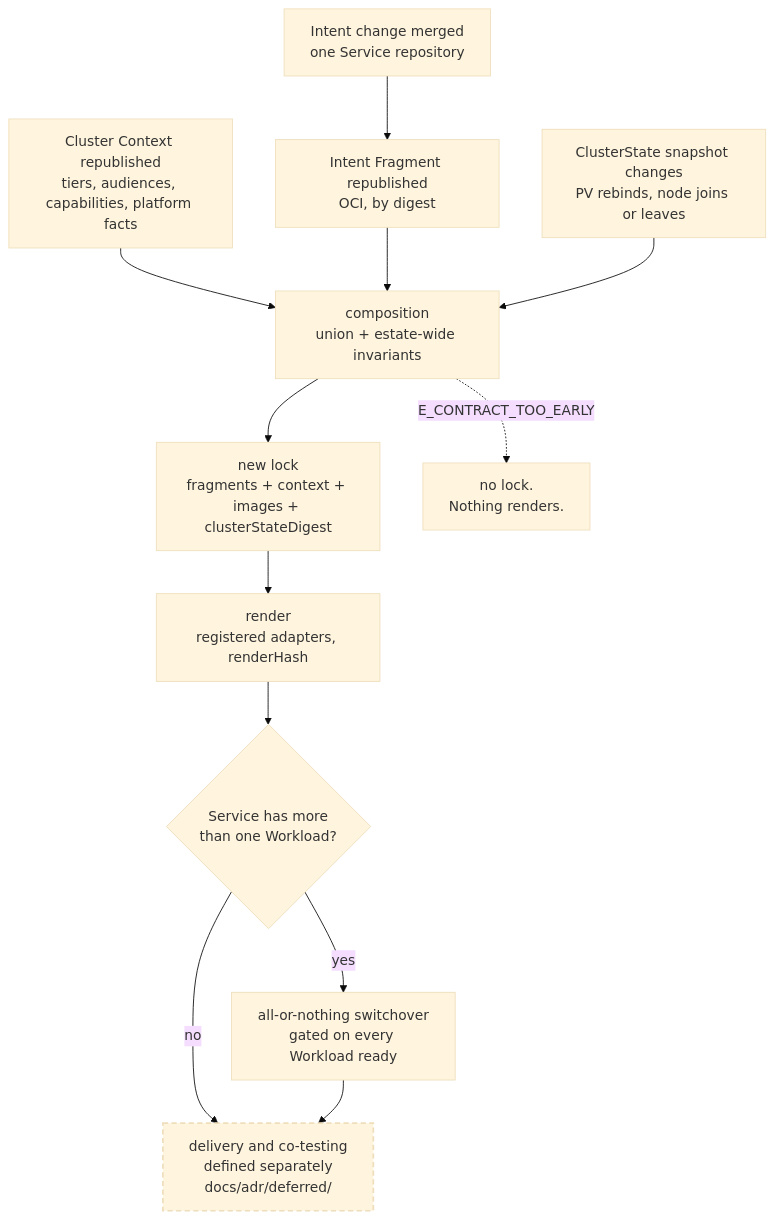
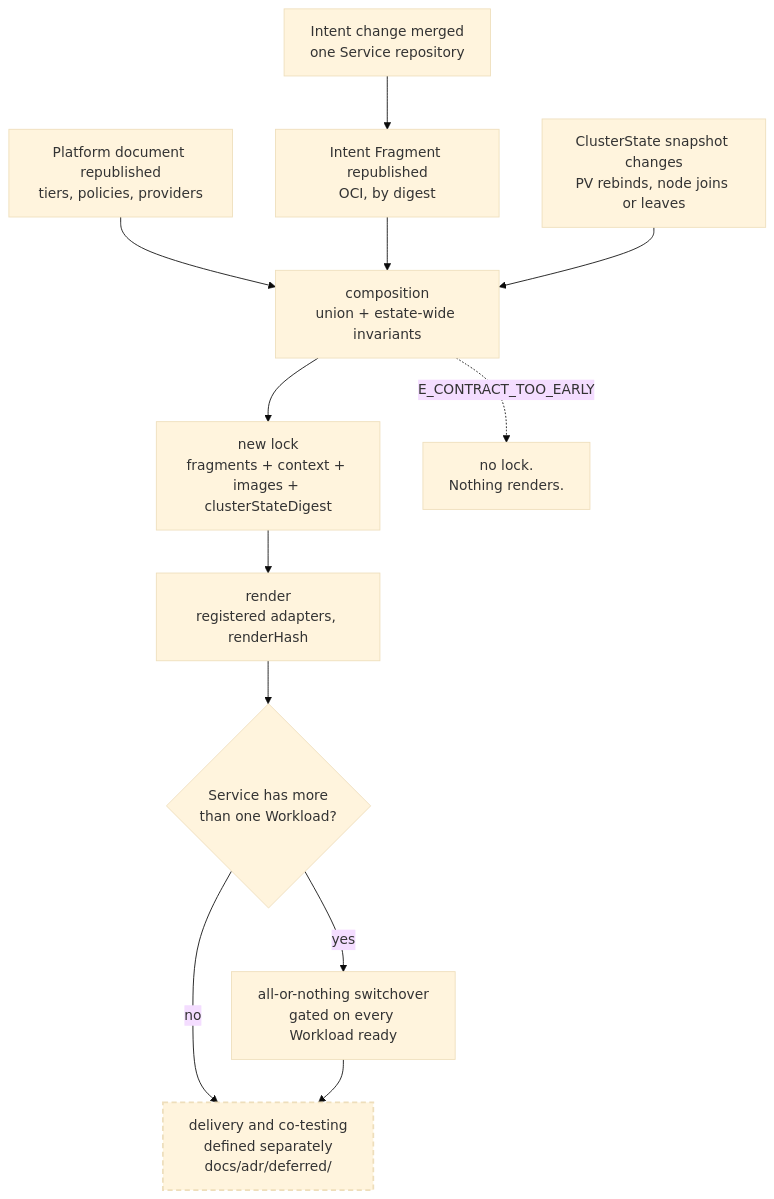
Before and after one commit to JorisJonkers-dev/deploy-kit: the second of 2 diagrams in spec/v1/50-lifecycle.md, drawn with Mermaid (base theme). The commit also changed other lines of this file and 270 other files, not shown here.

````diff
--- a/spec/v1/50-lifecycle.md
+++ b/spec/v1/50-lifecycle.md
@@ -237,15 +281,15 @@
 ```mermaid
 flowchart TB
     I["Intent change merged<br/>one Service repository"] --> F["Intent Fragment republished<br/>OCI, by digest"]
-    X["Cluster Context republished<br/>tiers, audiences, capabilities, platform facts"] --> C
+    X["Platform document republished<br/>tiers, policies, providers"] --> C
     F --> C["composition<br/>union + estate-wide invariants"]
     S["ClusterState snapshot changes<br/>PV rebinds, node joins or leaves"] --> C
     C --> L["new lock<br/>fragments + context + images + clusterStateDigest"]
     L --> R["render<br/>registered adapters, renderHash"]
     R --> G{"Service has more<br/>than one Workload?"}
     G -->|"no"| D["delivery and co-testing<br/>defined separately<br/>docs/adr/deferred/"]
     G -->|"yes"| U["all-or-nothing switchover<br/>gated on every Workload ready"]
     U --> D
     C -.->|"E_CONTRACT_TOO_EARLY"| B["no lock.<br/>Nothing renders."]
     style D stroke-width:2px,stroke-dasharray:6 4;
 ```
````
